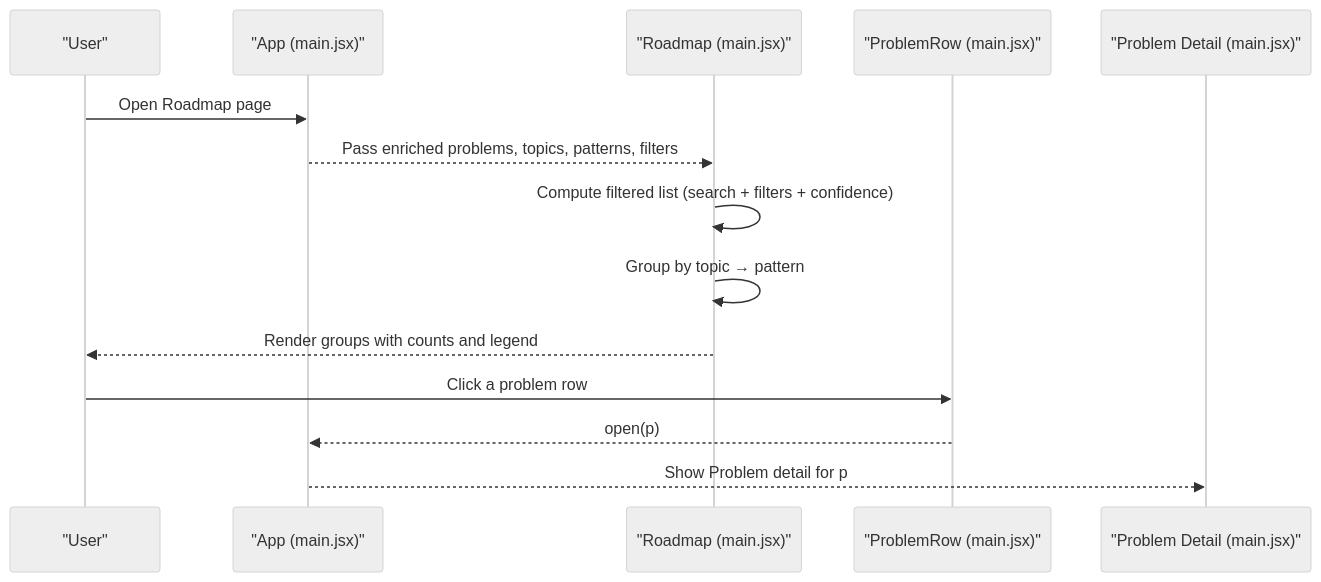
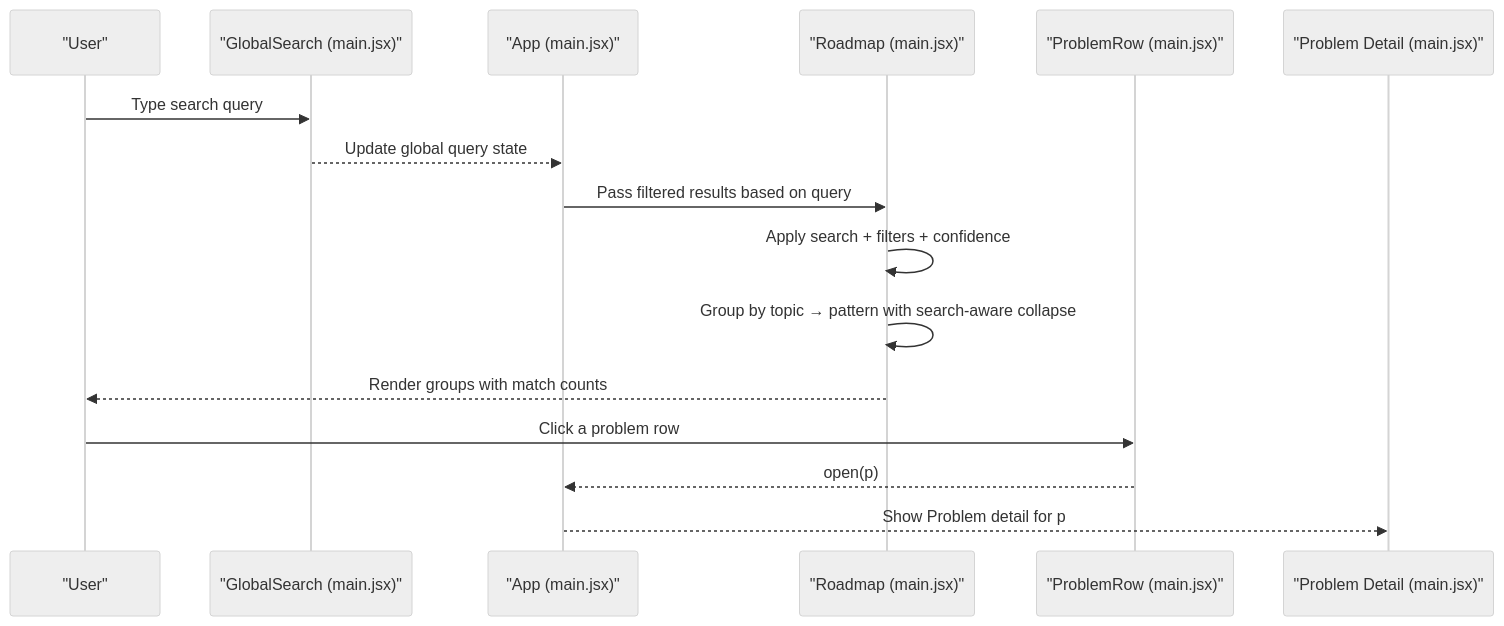
Before and after one commit to iamrituraj/DSA-Tracker: the second of 10 diagrams in .qoder/repowiki/en/content/Frontend Application/Roadmap Component.md, drawn with Mermaid (neutral theme). The commit also changed other lines of this file and 8 other files, not shown here.

````diff
--- a/.qoder/repowiki/en/content/Frontend Application/Roadmap Component.md
+++ b/.qoder/repowiki/en/content/Frontend Application/Roadmap Component.md
@@ -82,16 +91,18 @@
 ```mermaid
 sequenceDiagram
 participant U as "User"
+participant GS as "GlobalSearch (main.jsx)"
 participant App as "App (main.jsx)"
 participant RM as "Roadmap (main.jsx)"
 participant PR as "ProblemRow (main.jsx)"
 participant Det as "Problem Detail (main.jsx)"
-U->>App : Open Roadmap page
-App-->>RM : Pass enriched problems, topics, patterns, filters
-RM->>RM : Compute filtered list (search + filters + confidence)
-RM->>RM : Group by topic → pattern
-RM-->>U : Render groups with counts and legend
+U->>GS : Type search query
+GS-->>App : Update global query state
+App->>RM : Pass filtered results based on query
+RM->>RM : Apply search + filters + confidence
+RM->>RM : Group by topic → pattern with search-aware collapse
+RM-->>U : Render groups with match counts
 U->>PR : Click a problem row
 PR-->>App : open(p)
 App-->>Det : Show Problem detail for p
 ```
````
